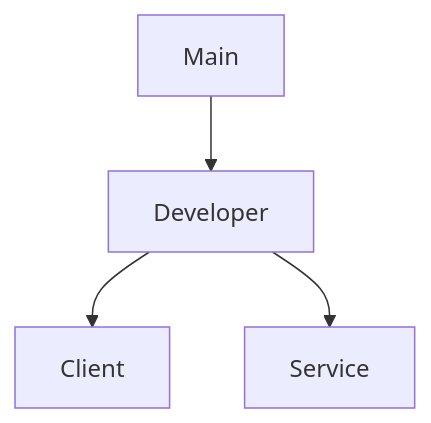
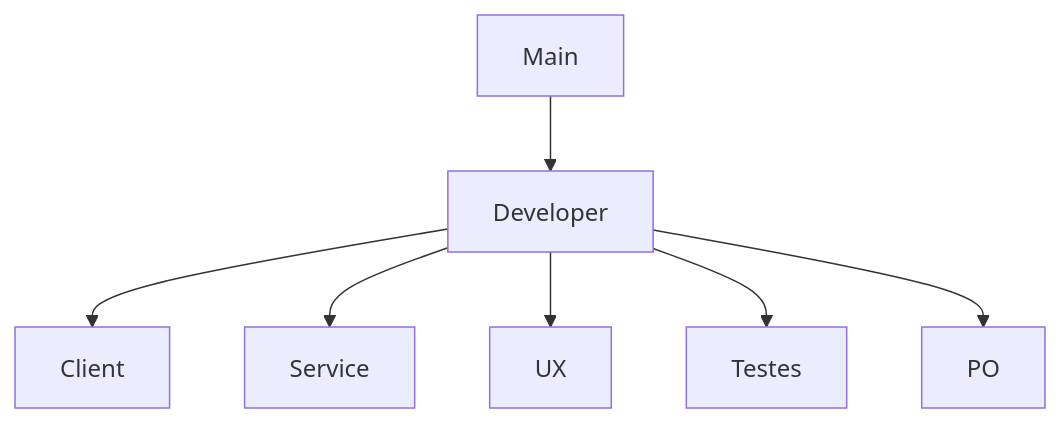
The diagram in README.md (SquadLuzRosa/br.com.buscafarma.www), drawn with Mermaid before and after one commit.

````diff
--- a/README.md
+++ b/README.md
@@ -6,7 +6,10 @@
 ```mermaid
 graph TD;
     A[Main] --> B[Developer]
     B --> C[Client]
     B --> D[Service]
+    B --> E[UX]
+    B --> F[Testes]
+    B --> G[PO]
 
 ```
````
